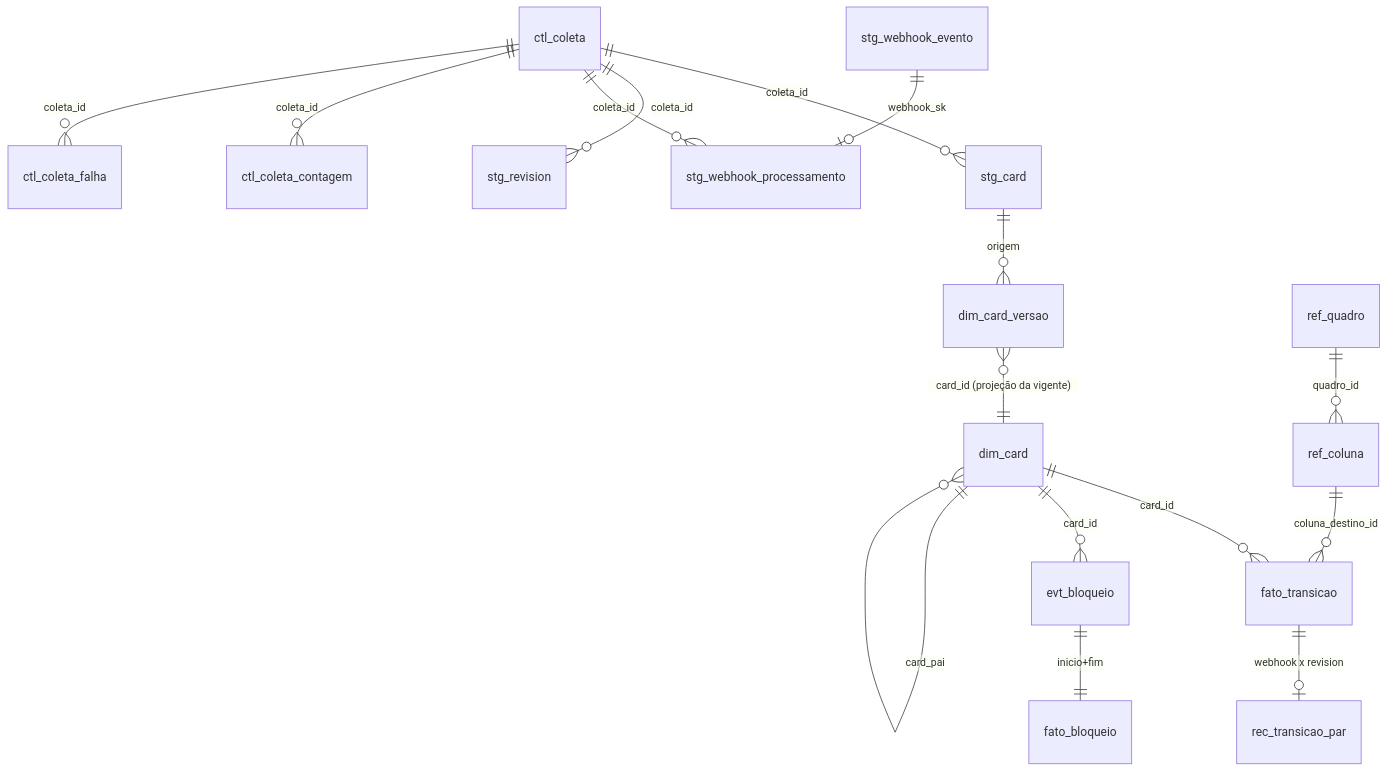
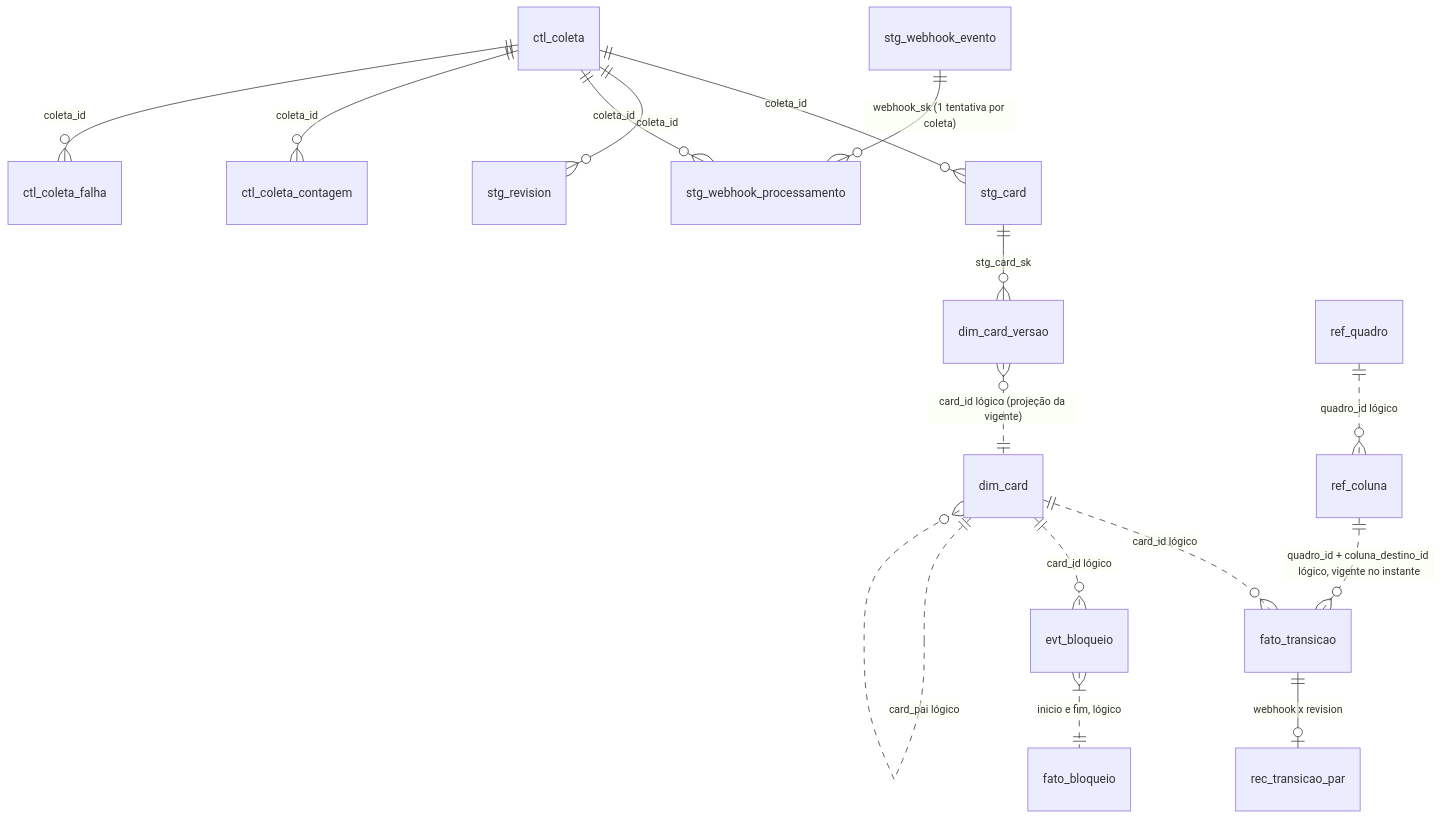
Before and after one commit to rodrigo-isensee/MetricasDSPD: the first of 2 diagrams in docs/architecture/data-model.md, drawn with Mermaid. The commit also changed other lines of this file and 4 other files, not shown here.

````diff
--- a/docs/architecture/data-model.md
+++ b/docs/architecture/data-model.md
@@ -32,18 +33,18 @@
 ```mermaid
 erDiagram
   ctl_coleta ||--o{ stg_card : coleta_id
   ctl_coleta ||--o{ stg_revision : coleta_id
-  stg_webhook_evento ||--o| stg_webhook_processamento : webhook_sk
+  stg_webhook_evento ||--o{ stg_webhook_processamento : "webhook_sk (1 tentativa por coleta)"
   ctl_coleta ||--o{ stg_webhook_processamento : coleta_id
-  stg_card ||--o{ dim_card_versao : origem
-  dim_card_versao }o--|| dim_card : "card_id (projeção da vigente)"
-  dim_card ||--o{ fato_transicao : card_id
-  dim_card ||--o{ evt_bloqueio : card_id
-  evt_bloqueio ||--|| fato_bloqueio : "inicio+fim"
-  dim_card ||--o{ dim_card : card_pai
-  ref_quadro ||--o{ ref_coluna : quadro_id
-  ref_coluna ||--o{ fato_transicao : "coluna_destino_id"
+  stg_card ||--o{ dim_card_versao : stg_card_sk
+  dim_card_versao }o..|| dim_card : "card_id lógico (projeção da vigente)"
+  dim_card ||..o{ fato_transicao : "card_id lógico"
+  dim_card ||..o{ evt_bloqueio : "card_id lógico"
+  evt_bloqueio }|..|| fato_bloqueio : "inicio e fim, lógico"
+  dim_card ||..o{ dim_card : "card_pai lógico"
+  ref_quadro ||..o{ ref_coluna : "quadro_id lógico"
+  ref_coluna ||..o{ fato_transicao : "quadro_id + coluna_destino_id lógico, vigente no instante"
   fato_transicao ||--o| rec_transicao_par : "webhook x revision"
   ctl_coleta ||--o{ ctl_coleta_contagem : coleta_id
   ctl_coleta ||--o{ ctl_coleta_falha : coleta_id
 ```
````
